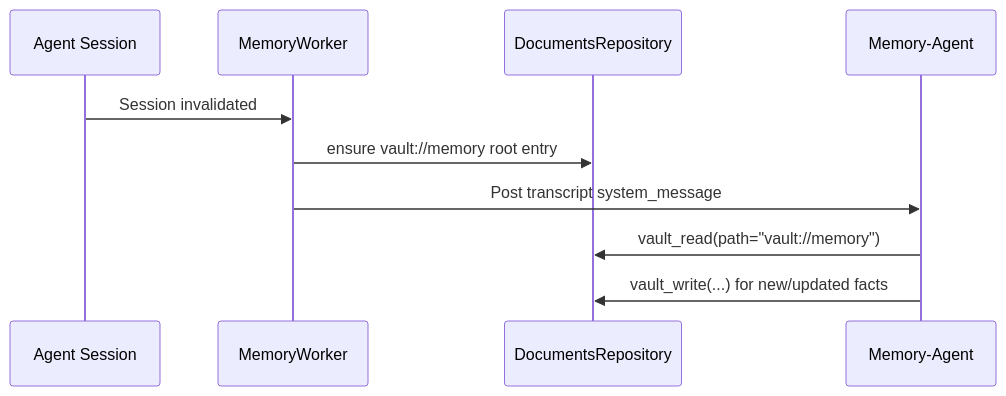
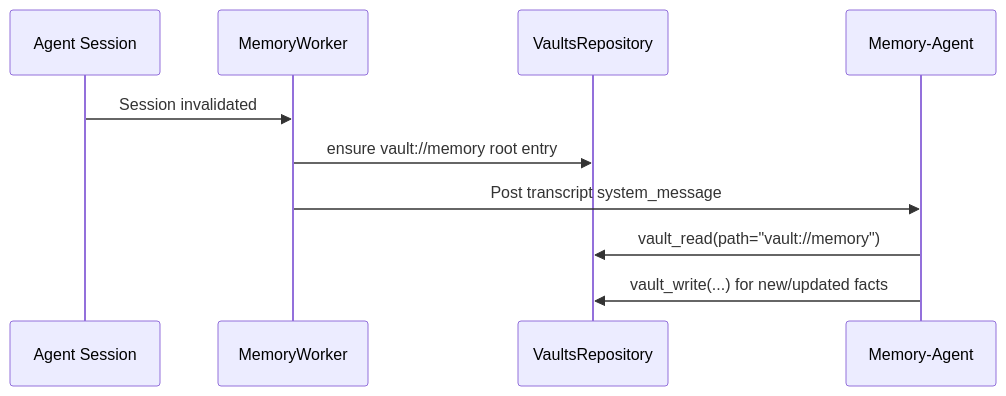
The first of 2 diagrams in doc/internals/memory-documents-migration.md (ex3ndr/daycare), drawn with Mermaid before and after one commit. The commit also changed other lines of this file and 186 other files, not shown here.

````diff
--- a/doc/internals/memory-documents-migration.md
+++ b/doc/internals/memory-documents-migration.md
@@ -7,13 +7,13 @@
 ```mermaid
 sequenceDiagram
     participant A as Agent Session
     participant MW as MemoryWorker
-    participant DR as DocumentsRepository
+    participant DR as VaultsRepository
     participant MA as Memory-Agent
 
     A->>MW: Session invalidated
     MW->>DR: ensure vault://memory root entry
     MW->>MA: Post transcript system_message
     MA->>DR: vault_read(path="vault://memory")
     MA->>DR: vault_write(...) for new/updated facts
 ```
````
